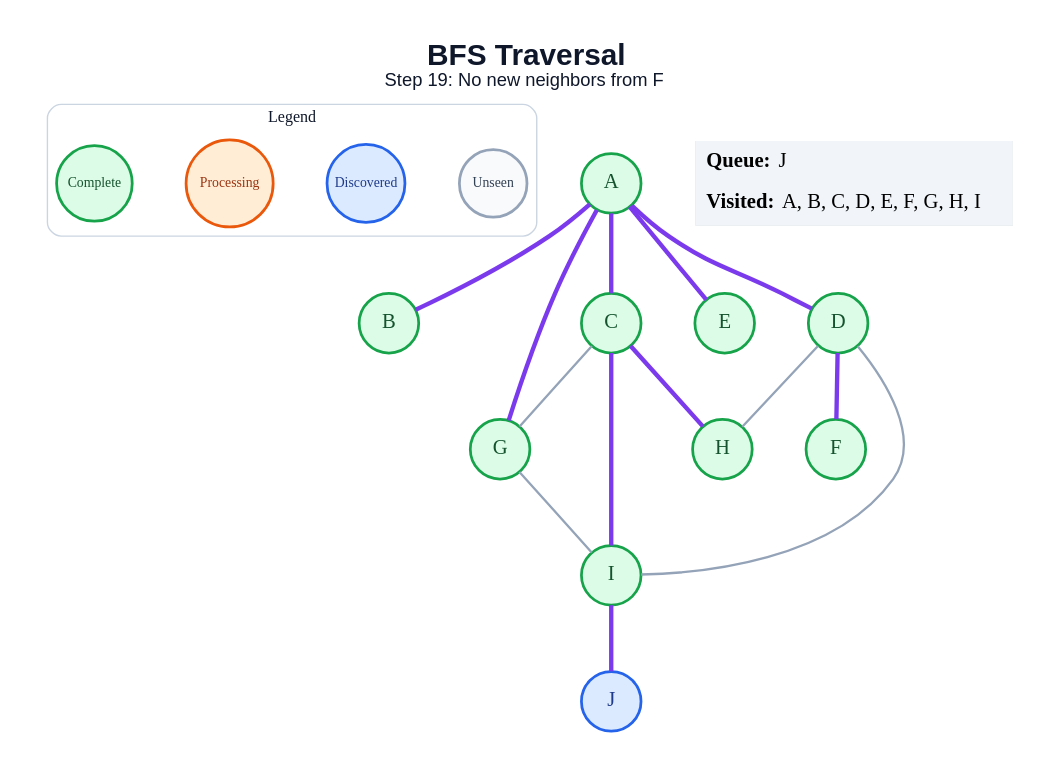
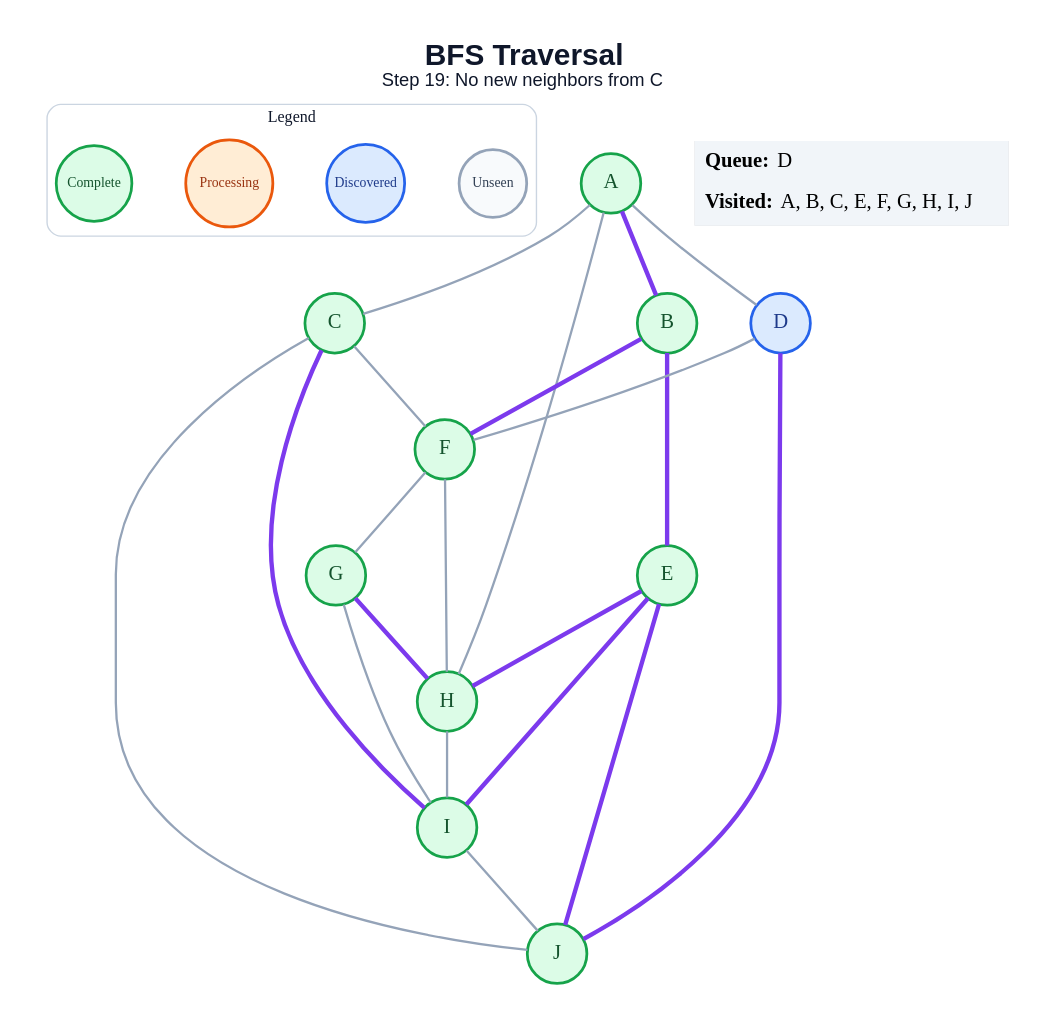
Before and after one commit to amanghodawala9/ai-slop: the diagram in generated/specific-node/bfs/step_19.dot, drawn with Graphviz. The commit also changed 178 other files, not shown here.

```diff
--- a/generated/specific-node/bfs/step_19.dot
+++ b/generated/specific-node/bfs/step_19.dot
@@ -1,42 +1,49 @@
 graph traversal {
   graph [layout=dot, rankdir=TB, bgcolor="#FFFFFF", pad="0.35", nodesep="0.65", ranksep="0.8", fontname="Arial"];
   node [shape=circle, style="filled", fontname="Arial Bold", fontsize=18, width=0.72, fixedsize=true, penwidth=2.4];
   edge [color="#94A3B8", penwidth=2.0];
-  label=<<B>BFS Traversal</B><BR/><FONT POINT-SIZE="16">Step 19: No new neighbors from F</FONT>>; labelloc="t"; fontsize=26; fontname="Arial"; fontcolor="#0F172A";
+  label=<<B>BFS Traversal</B><BR/><FONT POINT-SIZE="16">Step 19: No new neighbors from C</FONT>>; labelloc="t"; fontsize=26; fontname="Arial"; fontcolor="#0F172A";
   subgraph cluster_legend { label="Legend"; color="#CBD5E1"; penwidth=1.2; style="rounded"; fontsize=14; fontname="Arial Bold";
     key_unseen [label="Unseen", fillcolor="#F8FAFC", color="#94A3B8", fontcolor="#334155", fontsize=12, width=0.82];
     key_frontier [label="Discovered", fillcolor="#DBEAFE", color="#2563EB", fontcolor="#1E3A8A", fontsize=12, width=0.95];
     key_current [label="Processing", fillcolor="#FFEDD5", color="#EA580C", fontcolor="#9A3412", fontsize=12, width=1.05];
     key_done [label="Complete", fillcolor="#DCFCE7", color="#16A34A", fontcolor="#14532D", fontsize=12, width=0.92];
     { rank=same; key_unseen; key_frontier; key_current; key_done; }
   }
   A [fillcolor="#DCFCE7", color="#16A34A", fontcolor="#14532D"];
   B [fillcolor="#DCFCE7", color="#16A34A", fontcolor="#14532D"];
   C [fillcolor="#DCFCE7", color="#16A34A", fontcolor="#14532D"];
-  D [fillcolor="#DCFCE7", color="#16A34A", fontcolor="#14532D"];
+  D [fillcolor="#DBEAFE", color="#2563EB", fontcolor="#1E3A8A"];
   E [fillcolor="#DCFCE7", color="#16A34A", fontcolor="#14532D"];
   F [fillcolor="#DCFCE7", color="#16A34A", fontcolor="#14532D"];
   G [fillcolor="#DCFCE7", color="#16A34A", fontcolor="#14532D"];
   H [fillcolor="#DCFCE7", color="#16A34A", fontcolor="#14532D"];
   I [fillcolor="#DCFCE7", color="#16A34A", fontcolor="#14532D"];
-  J [fillcolor="#DBEAFE", color="#2563EB", fontcolor="#1E3A8A"];
+  J [fillcolor="#DCFCE7", color="#16A34A", fontcolor="#14532D"];
   A -- B [color="#7C3AED", penwidth=3.8];
-  A -- C [color="#7C3AED", penwidth=3.8];
-  A -- D [color="#7C3AED", penwidth=3.8];
-  A -- E [color="#7C3AED", penwidth=3.8];
-  A -- G [color="#7C3AED", penwidth=3.8];
-  C -- G;
-  C -- H [color="#7C3AED", penwidth=3.8];
+  A -- C;
+  A -- D;
+  A -- H;
+  B -- E [color="#7C3AED", penwidth=3.8];
+  B -- F [color="#7C3AED", penwidth=3.8];
+  C -- F;
   C -- I [color="#7C3AED", penwidth=3.8];
-  D -- F [color="#7C3AED", penwidth=3.8];
-  D -- H;
-  D -- I;
+  C -- J;
+  D -- F;
+  D -- J [color="#7C3AED", penwidth=3.8];
+  E -- H [color="#7C3AED", penwidth=3.8];
+  E -- I [color="#7C3AED", penwidth=3.8];
+  E -- J [color="#7C3AED", penwidth=3.8];
+  F -- G;
+  F -- H;
+  G -- H [color="#7C3AED", penwidth=3.8];
   G -- I;
-  I -- J [color="#7C3AED", penwidth=3.8];
+  H -- I;
+  I -- J;
   status [shape=plain, fixedsize=false, width=0, height=0, margin=0, label=<
     <TABLE BORDER="0" CELLBORDER="0" CELLPADDING="7" BGCOLOR="#F1F5F9">
-      <TR><TD ALIGN="LEFT"><B>Queue:</B> J</TD></TR>
-      <TR><TD ALIGN="LEFT"><B>Visited:</B> A, B, C, D, E, F, G, H, I</TD></TR>
+      <TR><TD ALIGN="LEFT"><B>Queue:</B> D</TD></TR>
+      <TR><TD ALIGN="LEFT"><B>Visited:</B> A, B, C, E, F, G, H, I, J</TD></TR>
     </TABLE>
   >];
 }
```
